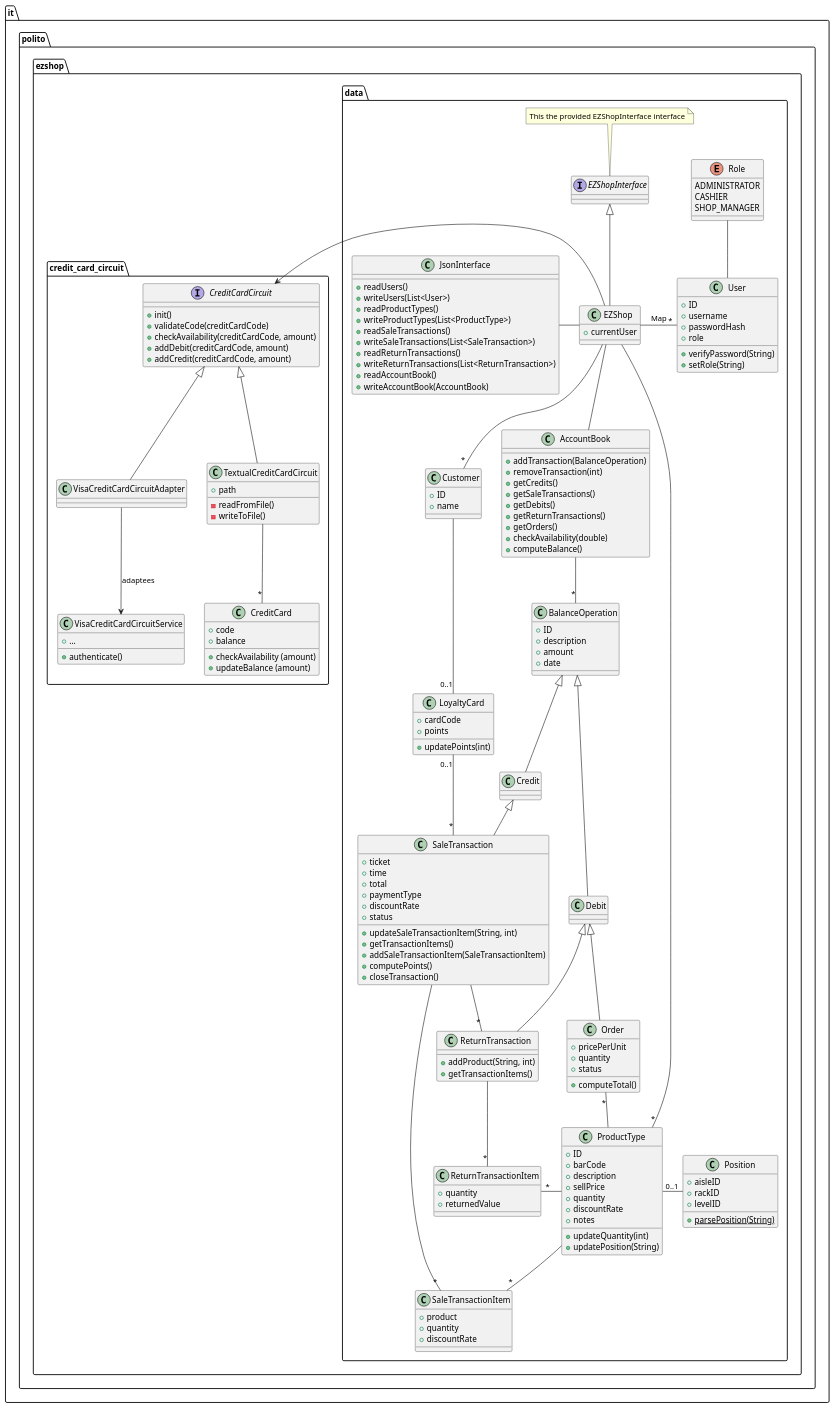
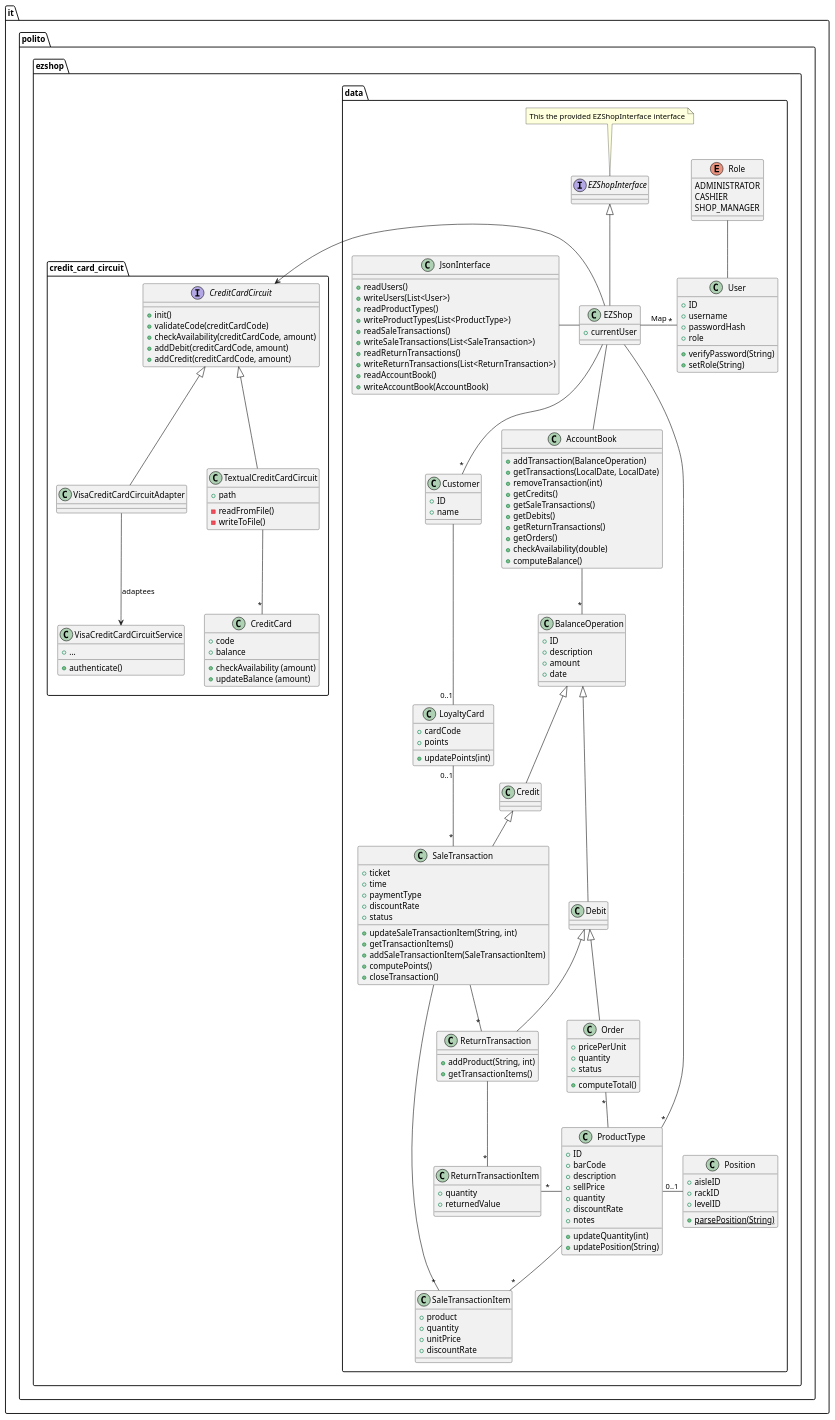
The third of 13 diagrams in Deliverables/DesignDocument.md (polito-se2-21-r03/se1-ezshop), drawn with PlantUML before and after one commit.

Commit message:
Minor fixes to the design document

```diff
--- a/Deliverables/DesignDocument.md
+++ b/Deliverables/DesignDocument.md
@@ -203,7 +203,6 @@
 class SaleTransaction {
     + ticket
     + time
-    + total
     + paymentType /' cash or cc '/
     + discountRate
     + status /' open/close '/
@@ -217,6 +216,7 @@
 class SaleTransactionItem {
     + product
     + quantity
+    + unitPrice
     + discountRate
 }
 
@@ -245,6 +245,7 @@
 
 class AccountBook {
     + addTransaction(BalanceOperation)
+    + getTransactions(LocalDate, LocalDate)
     + removeTransaction(int)
     + getCredits()
     + getSaleTransactions()
```
